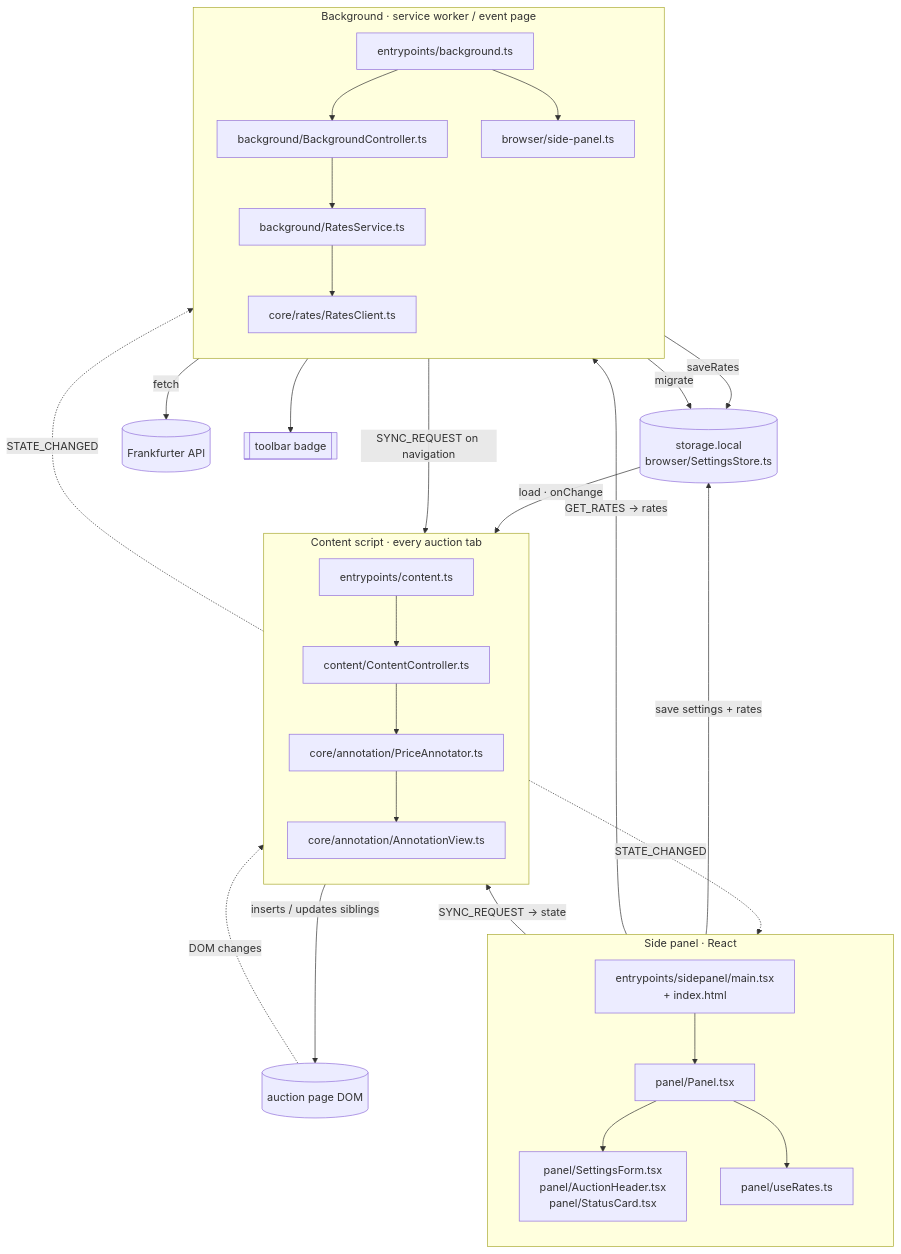
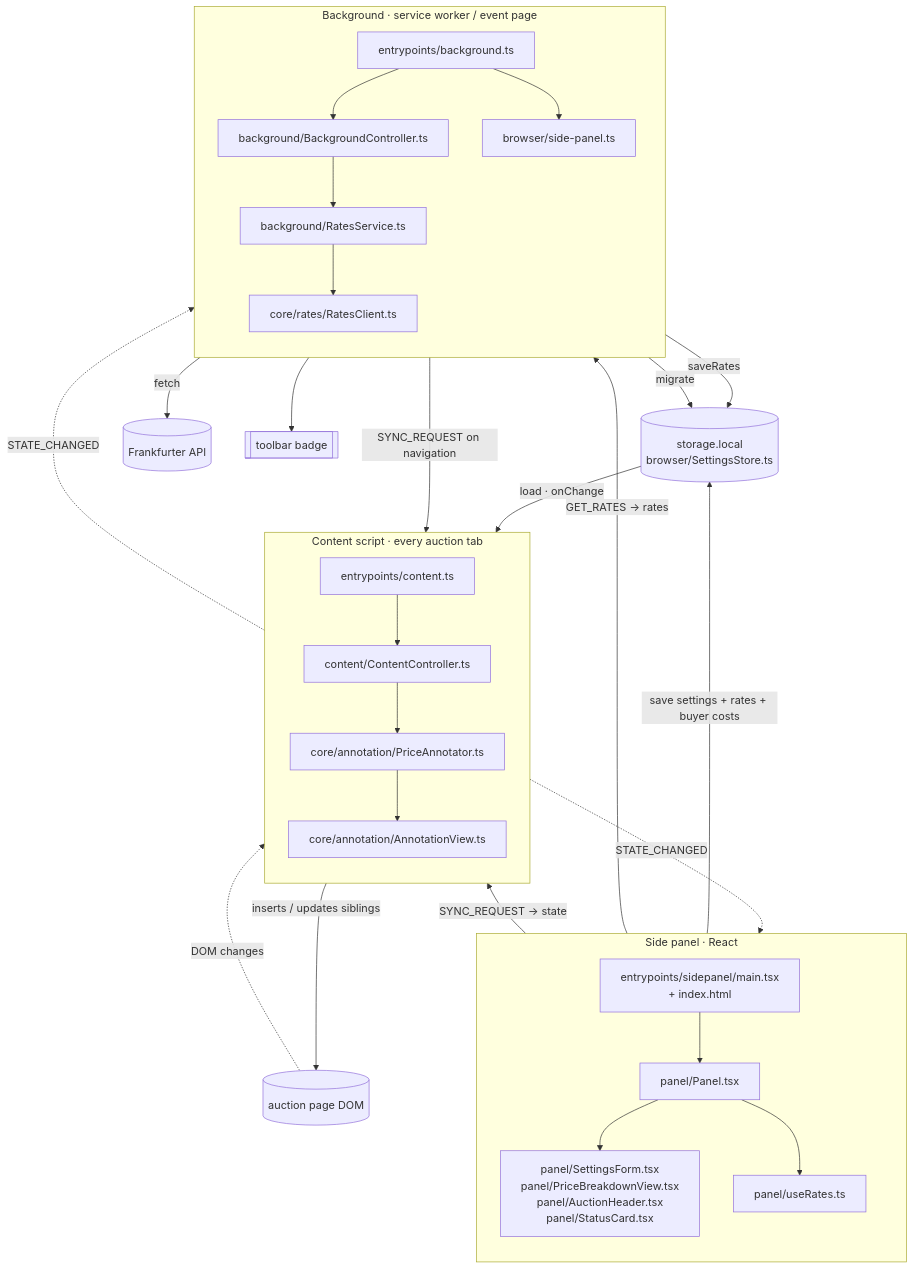
Before and after one commit to radyak/minerva-browserplugin: the second of 8 diagrams in docs/architecture.md, drawn with Mermaid. The commit also changed other lines of this file and 23 other files, not shown here.

Commit message:
feat: [by AI] Extend the form to take VAT, won lots, personal flat and percentual costs

````diff
--- a/docs/architecture.md
+++ b/docs/architecture.md
@@ -60,54 +60,54 @@
 ```mermaid
 flowchart TB
   PAGE[("auction page DOM")]
 
   subgraph tab["Content script · every auction tab"]
     direction TB
     content["entrypoints/content.ts"]
     CC["content/ContentController.ts"]
     PA["core/annotation/PriceAnnotator.ts"]
     AV["core/annotation/AnnotationView.ts"]
     content --> CC --> PA --> AV
   end
 
   subgraph panel["Side panel · React"]
     direction TB
     main["entrypoints/sidepanel/main.tsx<br/>+ index.html"]
     Panel["panel/Panel.tsx"]
-    views["panel/SettingsForm.tsx<br/>panel/AuctionHeader.tsx<br/>panel/StatusCard.tsx"]
+    views["panel/SettingsForm.tsx<br/>panel/PriceBreakdownView.tsx<br/>panel/AuctionHeader.tsx<br/>panel/StatusCard.tsx"]
     UR["panel/useRates.ts"]
     main --> Panel --> views
     Panel --> UR
   end
 
   subgraph bg["Background · service worker / event page"]
     direction TB
     background["entrypoints/background.ts"]
     BC["background/BackgroundController.ts"]
     RS["background/RatesService.ts"]
     RC["core/rates/RatesClient.ts"]
     side["browser/side-panel.ts"]
     background --> BC --> RS --> RC
     background --> side
   end
 
   LOCAL[("storage.local<br/>browser/SettingsStore.ts")]
   API[("Frankfurter API")]
   BADGE[["toolbar badge"]]
 
   AV -->|"inserts / updates siblings"| PAGE
   PAGE -.->|"DOM changes"| CC
 
   Panel -->|"SYNC_REQUEST → state"| CC
   CC -.->|"STATE_CHANGED"| Panel
   CC -.->|"STATE_CHANGED"| BC
   BC -->|"SYNC_REQUEST on navigation"| CC
   UR -->|"GET_RATES → rates"| BC
 
-  Panel -->|"save settings + rates"| LOCAL
+  Panel -->|"save settings + rates + buyer costs"| LOCAL
   LOCAL -->|"load · onChange"| CC
   RS -->|"saveRates"| LOCAL
   BC -->|"migrate"| LOCAL
   RC -->|fetch| API
   BC --> BADGE
 ```
````
